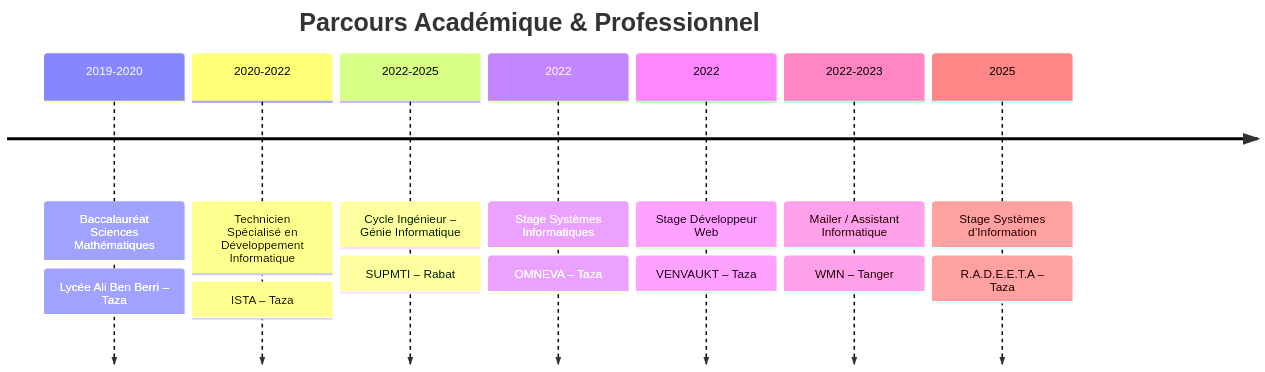
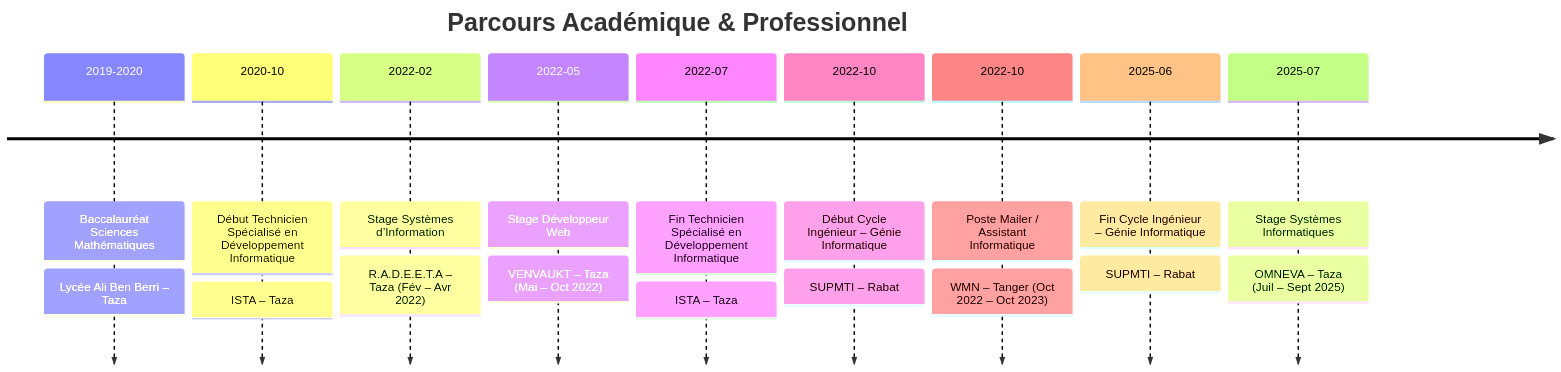
The diagram in README.md (AYMANE777/AYMANE777), drawn with Mermaid before and after one commit.

Commit message:
Revise timeline in README for education and experience
Updated education and work experience timeline.

````diff
--- a/README.md
+++ b/README.md
@@ -70,25 +70,32 @@
 ```mermaid
 timeline
     title Parcours Académique & Professionnel
 
     2019-2020 : Baccalauréat Sciences Mathématiques
               : Lycée Ali Ben Berri – Taza
 
-    2020-2022 : Technicien Spécialisé en Développement Informatique
-              : ISTA – Taza
+    2020-10 : Début Technicien Spécialisé en Développement Informatique
+            : ISTA – Taza
 
-    2022-2025 : Cycle Ingénieur – Génie Informatique
-              : SUPMTI – Rabat
+    2022-02 : Stage Systèmes d’Information
+            : R.A.D.E.E.T.A – Taza (Fév – Avr 2022)
 
-    2022 : Stage Systèmes Informatiques
-         : OMNEVA – Taza
+    2022-05 : Stage Développeur Web
+            : VENVAUKT – Taza (Mai – Oct 2022)
 
-    2022 : Stage Développeur Web
-         : VENVAUKT – Taza
+    2022-07 : Fin Technicien Spécialisé en Développement Informatique
+            : ISTA – Taza
 
-    2022-2023 : Mailer / Assistant Informatique
-              : WMN – Tanger
+    2022-10 : Début Cycle Ingénieur – Génie Informatique
+            : SUPMTI – Rabat
 
-    2025 : Stage Systèmes d’Information
-         : R.A.D.E.E.T.A – Taza
+    2022-10 : Poste Mailer / Assistant Informatique
+            : WMN – Tanger (Oct 2022 – Oct 2023)
+
+    2025-06 : Fin Cycle Ingénieur – Génie Informatique
+            : SUPMTI – Rabat
+
+    2025-07 : Stage Systèmes Informatiques
+            : OMNEVA – Taza (Juil – Sept 2025)
+    
 ```
````
